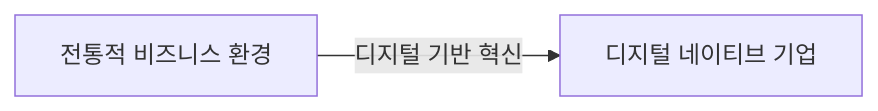
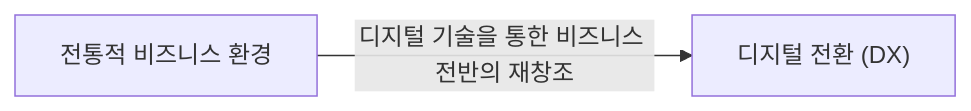
One commit to jeonck/fw-thinking changed the first of 3 diagrams in docs/01-it-governance/dx.md. Above: the diagram before and after it, drawn with Mermaid. The commit also changed other lines of this file and 123 other files, not shown here.

````diff
--- a/docs/01-it-governance/dx.md
+++ b/docs/01-it-governance/dx.md
@@ -9,4 +8,4 @@
 ```mermaid
 flowchart LR
-    A["전통적 비즈니스 환경"] -- "디지털 기반 혁신" --> B["디지털 네이티브 기업"]
+    A["전통적 비즈니스 환경"] -- "디지털 기술을 통한 비즈니스 전반의 재창조" --> B["디지털 전환 (DX)"]
 ```
````
